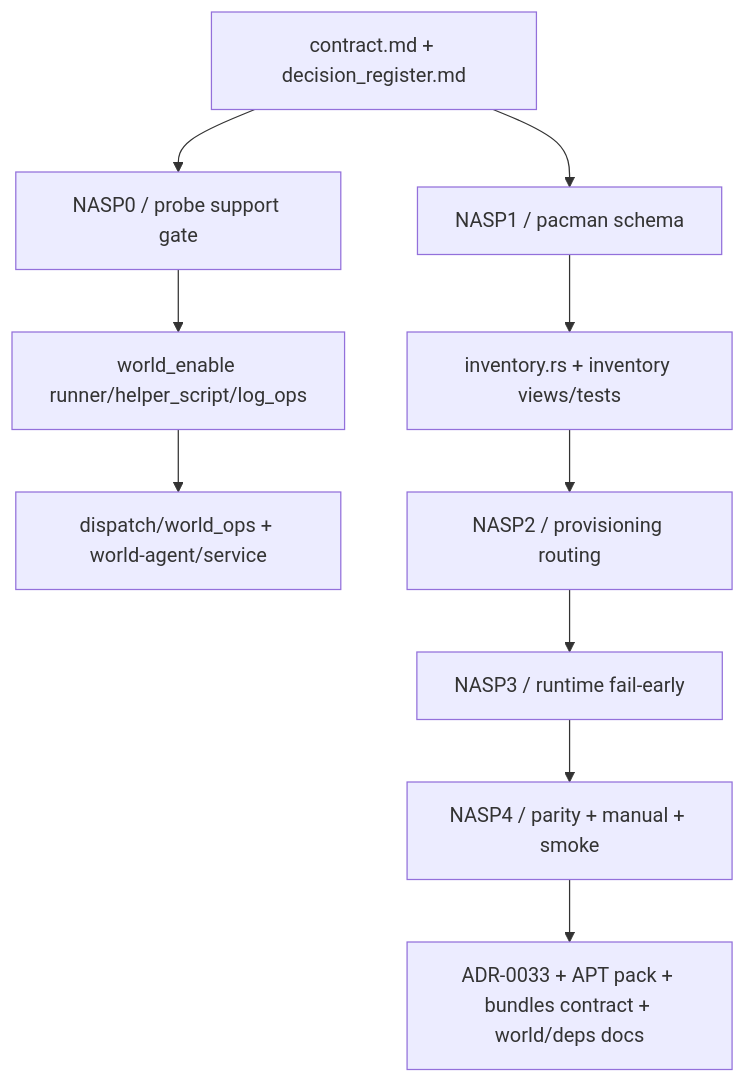
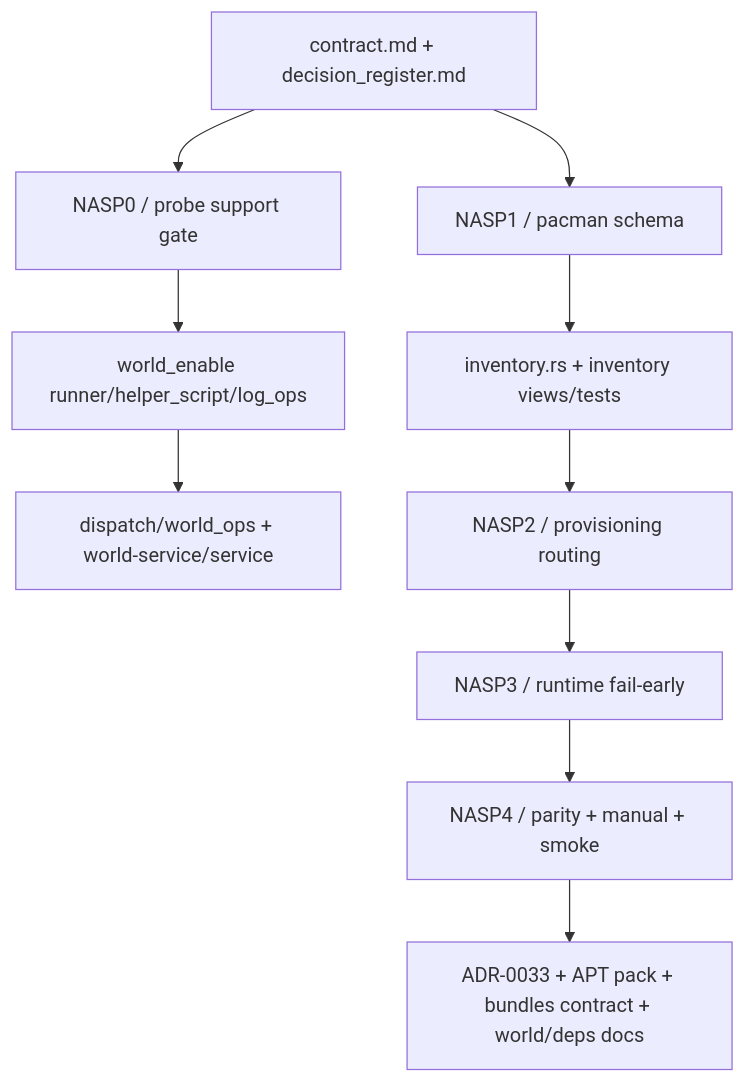
One commit to atomize-hq/substrate changed the third of 4 diagrams in docs/project_management/packs/implemented/add-non-apt-system-package-provisioning-support-fse/review_surfaces.md. Above: the diagram before and after it, drawn with Mermaid. The commit also changed other lines of this file and 590 other files, not shown here.

````diff
--- a/docs/project_management/packs/implemented/add-non-apt-system-package-provisioning-support-fse/review_surfaces.md
+++ b/docs/project_management/packs/implemented/add-non-apt-system-package-provisioning-support-fse/review_surfaces.md
@@ -53,12 +53,12 @@
 ```mermaid
 flowchart TB
   CONTRACT[contract.md + decision_register.md] --> PROBESEAM[NASP0 / probe support gate]
   CONTRACT --> SCHEMASEAM[NASP1 / pacman schema]
   PROBESEAM --> ENABLEFLOW[world_enable runner/helper_script/log_ops]
   SCHEMASEAM --> INVFLOW[inventory.rs + inventory views/tests]
-  ENABLEFLOW --> DISPATCH[dispatch/world_ops + world-agent/service]
+  ENABLEFLOW --> DISPATCH[dispatch/world_ops + world-service/service]
   INVFLOW --> PROVISION[NASP2 / provisioning routing]
   PROVISION --> RUNTIME[NASP3 / runtime fail-early]
   RUNTIME --> CONF[NASP4 / parity + manual + smoke]
   CONF --> DOCS[ADR-0033 + APT pack + bundles contract + world/deps docs]
 ```
````
